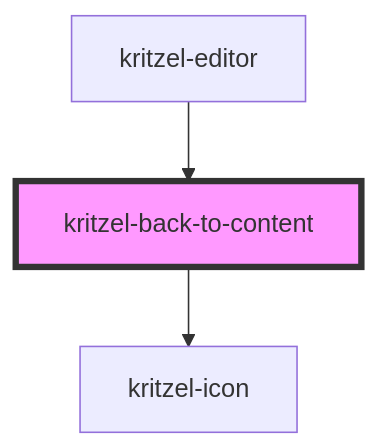
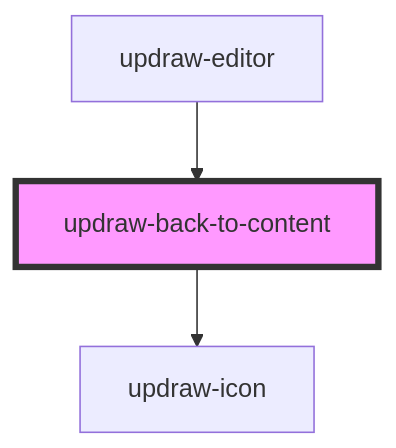
Before and after one commit to kasual1/kritzel: the diagram in libs/editor/core/src/components/updraw-back-to-content/readme.md, drawn with Mermaid. The commit also changed other lines of this file and 1129 other files, not shown here.

First line of the commit message:
Replace kritzel with updraw across the codebase

````diff
--- a/libs/editor/core/src/components/updraw-back-to-content/readme.md
+++ b/libs/editor/core/src/components/updraw-back-to-content/readme.md
@@ -63,6 +63,6 @@
 ```mermaid
 graph TD;
-  kritzel-back-to-content --> kritzel-icon
-  kritzel-editor --> kritzel-back-to-content
-  style kritzel-back-to-content fill:#f9f,stroke:#333,stroke-width:4px
+  updraw-back-to-content --> updraw-icon
+  updraw-editor --> updraw-back-to-content
+  style updraw-back-to-content fill:#f9f,stroke:#333,stroke-width:4px
 ```
````
